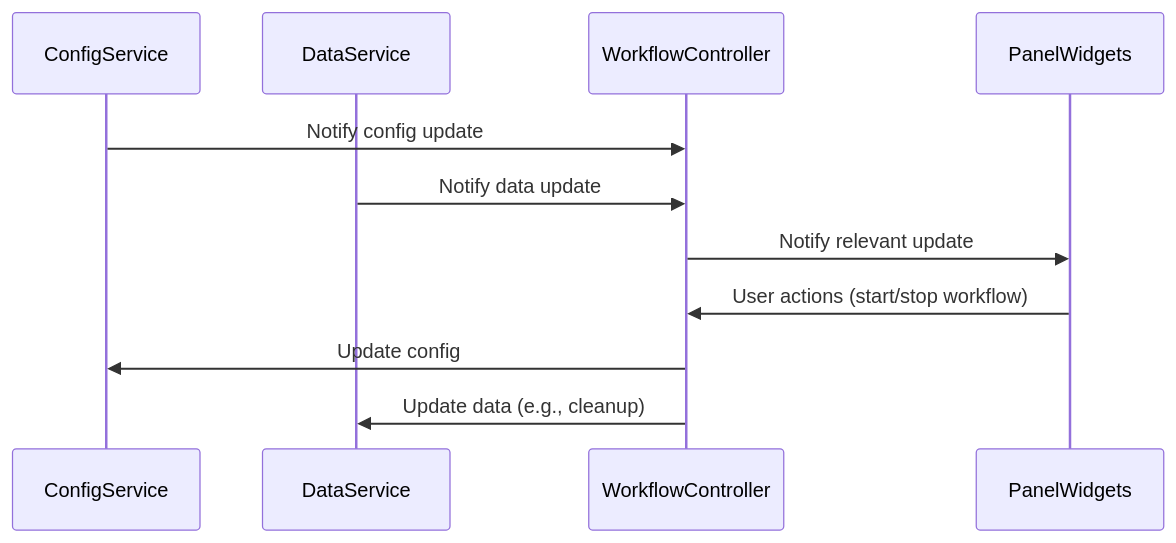
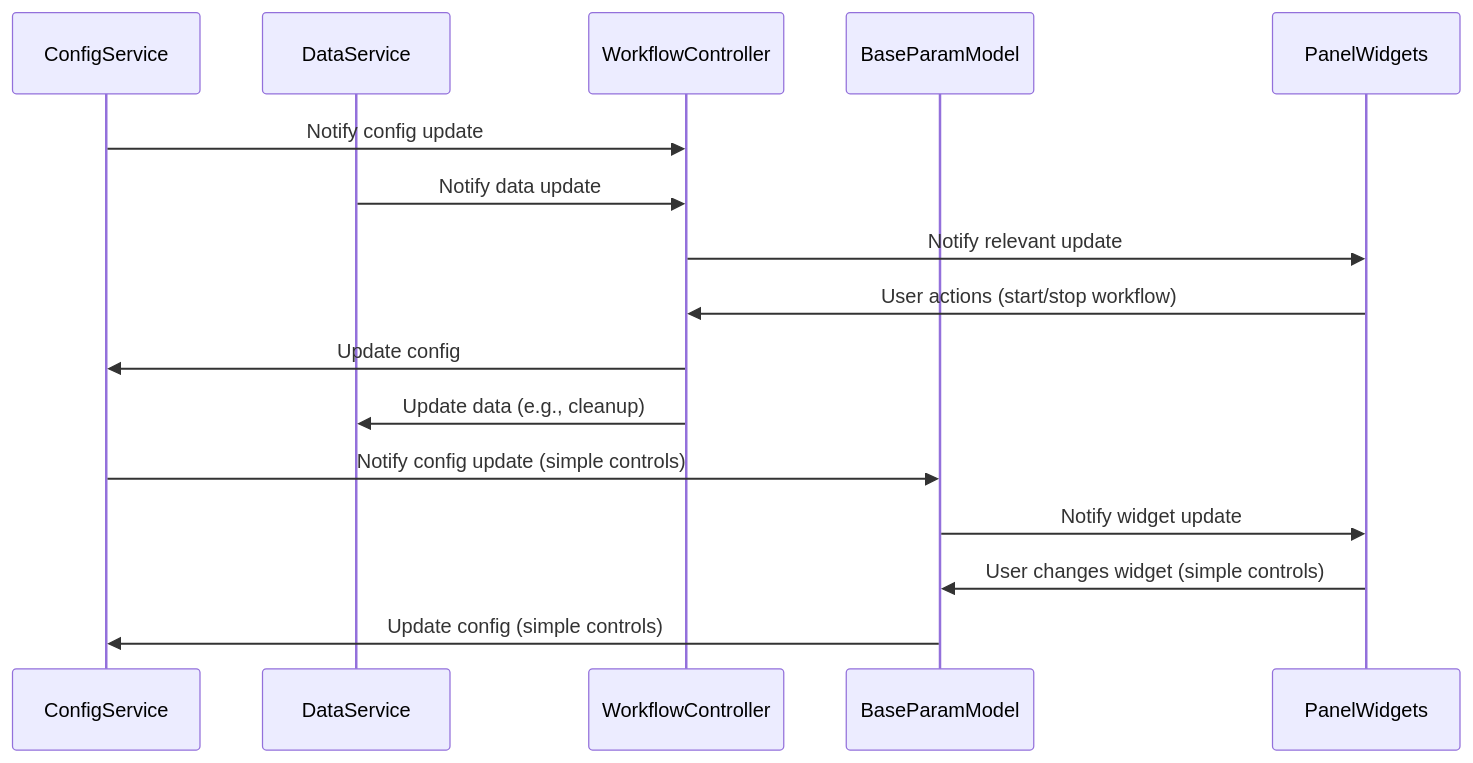
The second of 4 diagrams in docs/developer/design/dashboard-architecture.md (scipp/beamlime), drawn with Mermaid before and after one commit. The commit also changed other lines of this file, not shown here.

Commit message:
Include BaseParamModel in design doc

````diff
--- a/docs/developer/design/dashboard-architecture.md
+++ b/docs/developer/design/dashboard-architecture.md
@@ -48,14 +53,20 @@
 ```mermaid
 sequenceDiagram
     participant ConfigService
     participant DataService
     participant WorkflowController
+    participant BaseParamModel
     participant PanelWidgets
 
     ConfigService->>WorkflowController: Notify config update
     DataService->>WorkflowController: Notify data update
     WorkflowController->>PanelWidgets: Notify relevant update
     PanelWidgets->>WorkflowController: User actions (start/stop workflow)
     WorkflowController->>ConfigService: Update config
     WorkflowController->>DataService: Update data (e.g., cleanup)
+
+    ConfigService->>BaseParamModel: Notify config update (simple controls)
+    BaseParamModel->>PanelWidgets: Notify widget update
+    PanelWidgets->>BaseParamModel: User changes widget (simple controls)
+    BaseParamModel->>ConfigService: Update config (simple controls)
 ```
````
